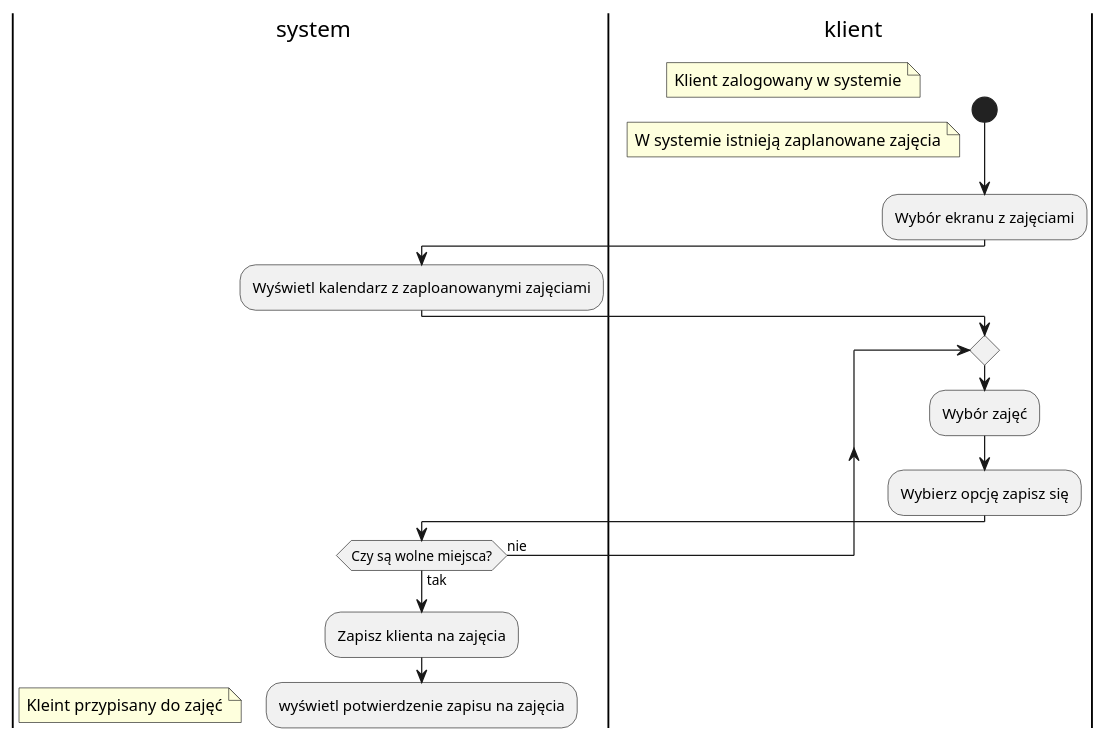
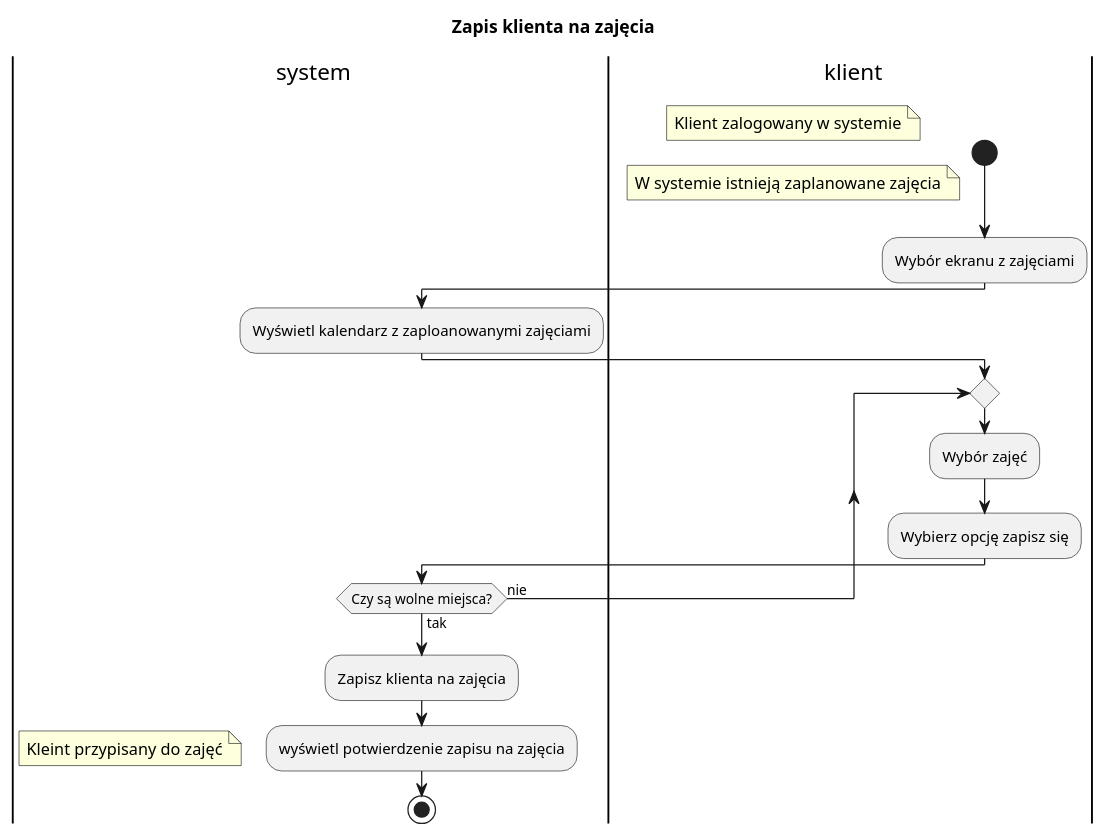
The diagram in src/activity_diagrams/rafal/zapis_klienta_na_zajecia.puml (filip-stepien/software-engineering-lab), drawn with PlantUML before and after one commit. The commit also changed 3 other files, not shown here.

```diff
--- a/src/activity_diagrams/rafal/zapis_klienta_na_zajecia.puml
+++ b/src/activity_diagrams/rafal/zapis_klienta_na_zajecia.puml
@@ -1,19 +1,21 @@
 @startuml
+title "Zapis klienta na zajęcia"
 |s| system
 |k| klient
 start
 floating note left: Klient zalogowany w systemie
 floating note left: W systemie istnieją zaplanowane zajęcia
 :Wybór ekranu z zajęciami;
 |s|
 :Wyświetl kalendarz z zaploanowanymi zajęciami;
 |k|
 repeat 
 :Wybór zajęć;
 :Wybierz opcję zapisz się;
 |s|
 repeat while (Czy są wolne miejsca?) is (nie) not (tak)
 :Zapisz klienta na zajęcia;
 :wyświetl potwierdzenie zapisu na zajęcia;
 floating note left: Kleint przypisany do zajęć
+stop
 @enduml
```
